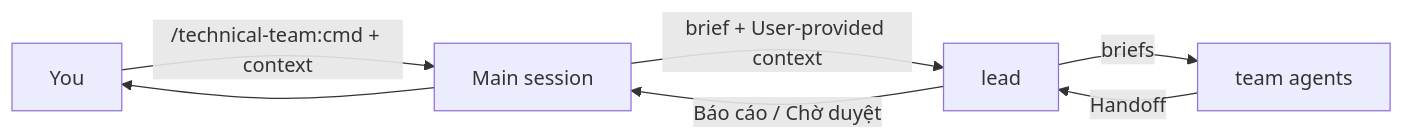
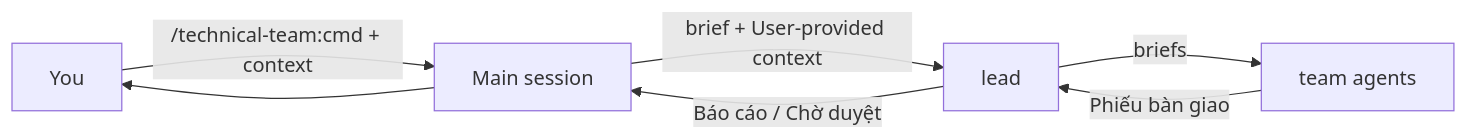
One commit to Tuan-Quyen/technical-teams changed the first of 2 diagrams in skills/run-kit/SKILL.md. Above: the diagram before and after it, drawn with Mermaid. The commit also changed other lines of this file and 46 other files, not shown here.

````diff
--- a/skills/run-kit/SKILL.md
+++ b/skills/run-kit/SKILL.md
@@ -22,8 +22,8 @@
 ```mermaid
 flowchart LR
   U[You] -->|/technical-team:cmd + context| M[Main session]
   M -->|brief + User-provided context| L[lead]
   L -->|briefs| T[team agents]
-  T -->|Handoff| L
+  T -->|Phiếu bàn giao| L
   L -->|Báo cáo / Chờ duyệt| M --> U
 ```
````
